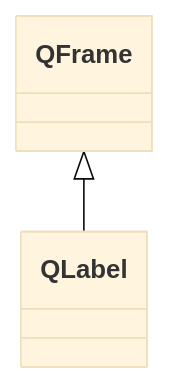
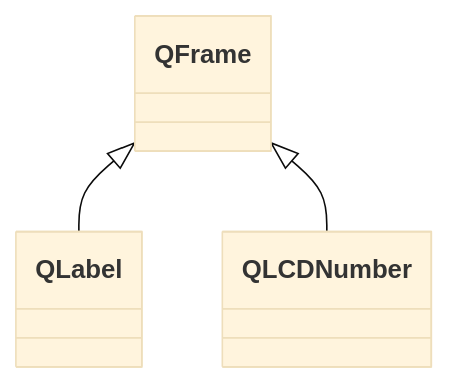
The second of 2 diagrams in Qt_Note/005+limou+2024_04_27+Qt控件概述.md (xiaogithubooo/LimouLearnNote), drawn with Mermaid (base theme) before and after one commit. The commit also changed other lines of this file and 3 other files, not shown here.

````diff
--- a/Qt_Note/005+limou+2024_04_27+Qt控件概述.md
+++ b/Qt_Note/005+limou+2024_04_27+Qt控件概述.md
@@ -1687,8 +1687,9 @@
 ```mermaid
 classDiagram
     class QFrame { }
     
     class QLabel { }
 
 	QFrame <|-- QLabel
+	QFrame <|-- QLCDNumber
 ```
````
